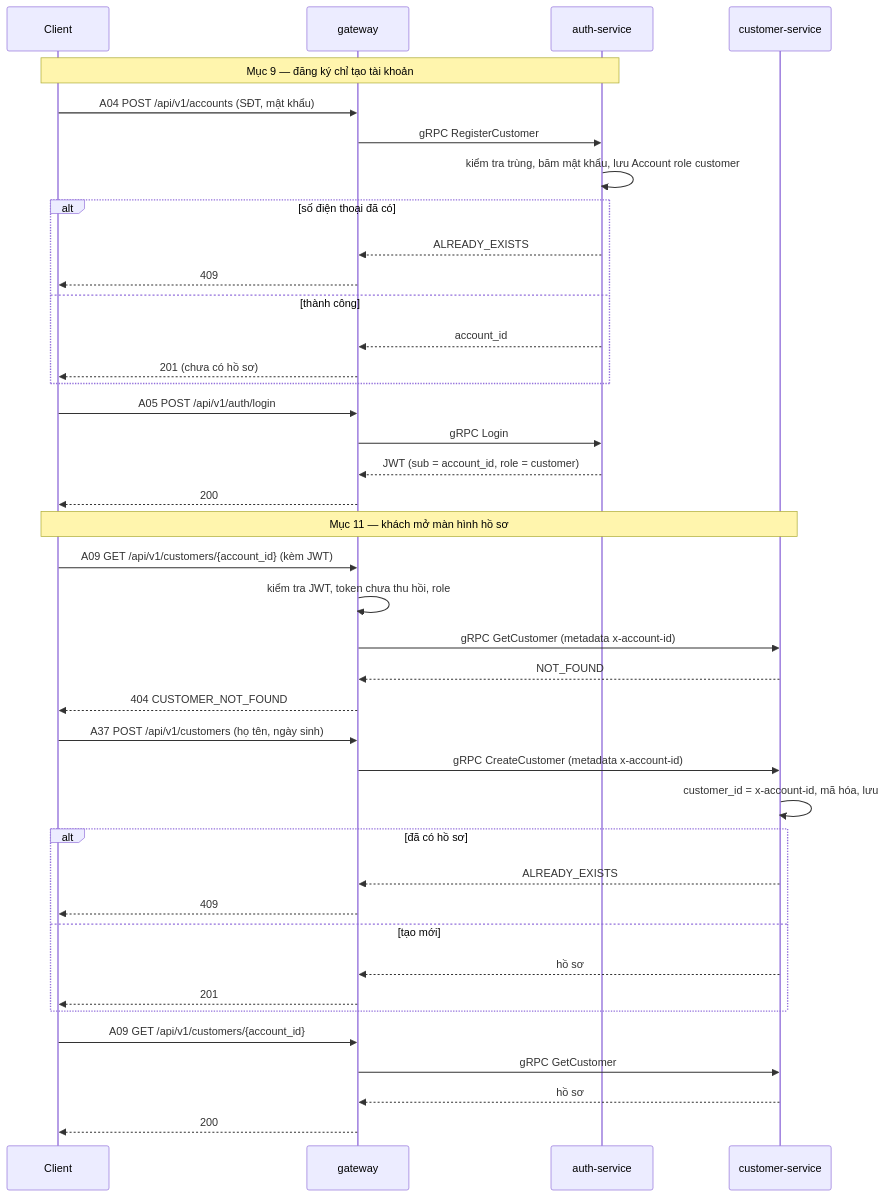
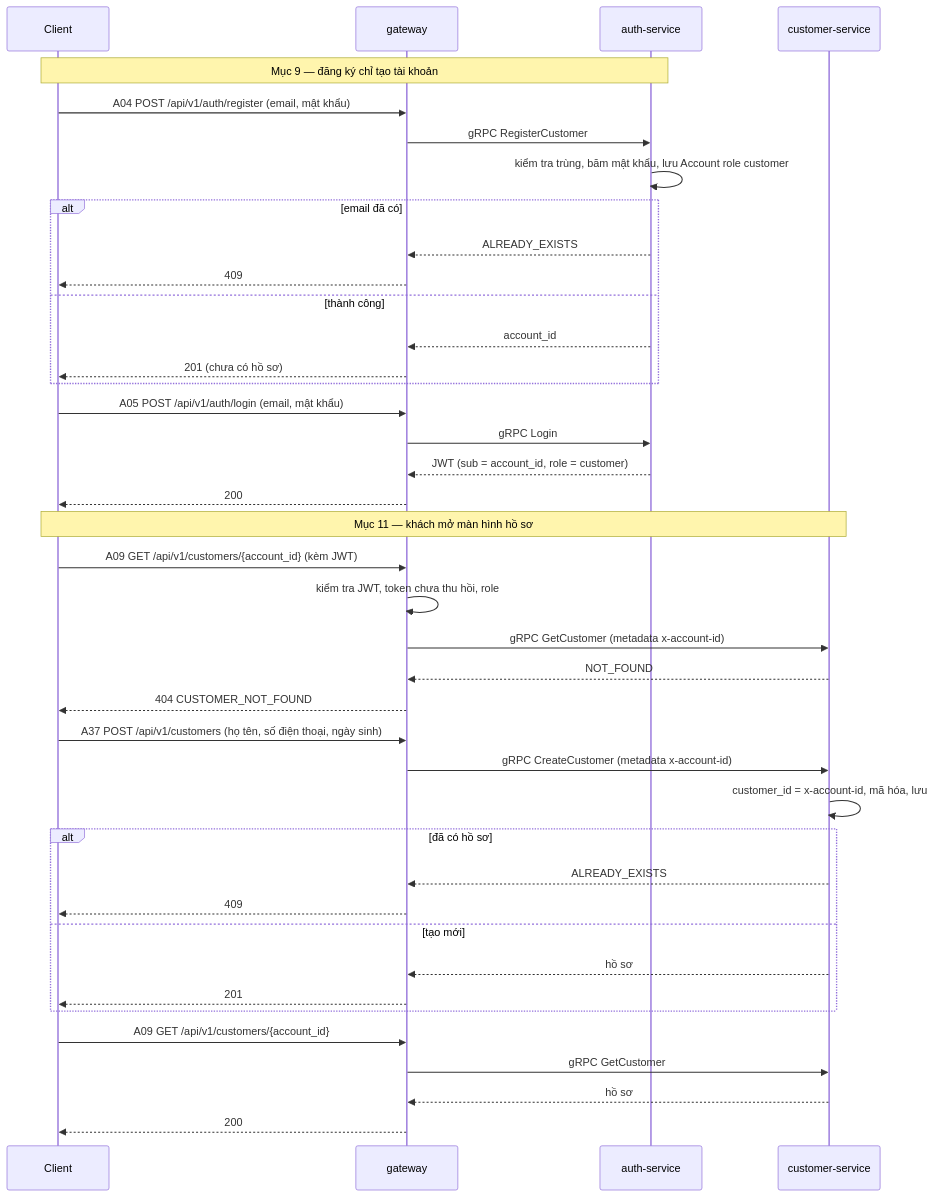
Before and after one commit to nghuuduc21/23699411_NguyenHuuDuc_CabSystem: the second of 7 diagrams in docs/design/02-kien-truc-giao-tiep.md, drawn with Mermaid. The commit also changed other lines of this file and 20 other files, not shown here.

Commit message:
docs: apply lecturer feedback 2026-10-14 (health wording, email login under /auth, customer phone in profile, owner-only driver view, bookings by customer id; ADR-021)

````diff
--- a/docs/design/02-kien-truc-giao-tiep.md
+++ b/docs/design/02-kien-truc-giao-tiep.md
@@ -401,44 +402,44 @@
 ```mermaid
 sequenceDiagram
   participant C as Client
   participant GW as gateway
   participant A as auth-service
   participant CU as customer-service
 
   Note over C,A: Mục 9 — đăng ký chỉ tạo tài khoản
-  C->>GW: A04 POST /api/v1/accounts (SĐT, mật khẩu)
+  C->>GW: A04 POST /api/v1/auth/register (email, mật khẩu)
   GW->>A: gRPC RegisterCustomer
   A->>A: kiểm tra trùng, băm mật khẩu, lưu Account role customer
-  alt số điện thoại đã có
+  alt email đã có
     A-->>GW: ALREADY_EXISTS
     GW-->>C: 409
   else thành công
     A-->>GW: account_id
     GW-->>C: 201 (chưa có hồ sơ)
   end
-  C->>GW: A05 POST /api/v1/auth/login
+  C->>GW: A05 POST /api/v1/auth/login (email, mật khẩu)
   GW->>A: gRPC Login
   A-->>GW: JWT (sub = account_id, role = customer)
   GW-->>C: 200
 
   Note over C,CU: Mục 11 — khách mở màn hình hồ sơ
   C->>GW: A09 GET /api/v1/customers/{account_id} (kèm JWT)
   GW->>GW: kiểm tra JWT, token chưa thu hồi, role
   GW->>CU: gRPC GetCustomer (metadata x-account-id)
   CU-->>GW: NOT_FOUND
   GW-->>C: 404 CUSTOMER_NOT_FOUND
-  C->>GW: A37 POST /api/v1/customers (họ tên, ngày sinh)
+  C->>GW: A37 POST /api/v1/customers (họ tên, số điện thoại, ngày sinh)
   GW->>CU: gRPC CreateCustomer (metadata x-account-id)
   CU->>CU: customer_id = x-account-id, mã hóa, lưu
   alt đã có hồ sơ
     CU-->>GW: ALREADY_EXISTS
     GW-->>C: 409
   else tạo mới
     CU-->>GW: hồ sơ
     GW-->>C: 201
   end
   C->>GW: A09 GET /api/v1/customers/{account_id}
   GW->>CU: gRPC GetCustomer
   CU-->>GW: hồ sơ
   GW-->>C: 200
 ```
````
